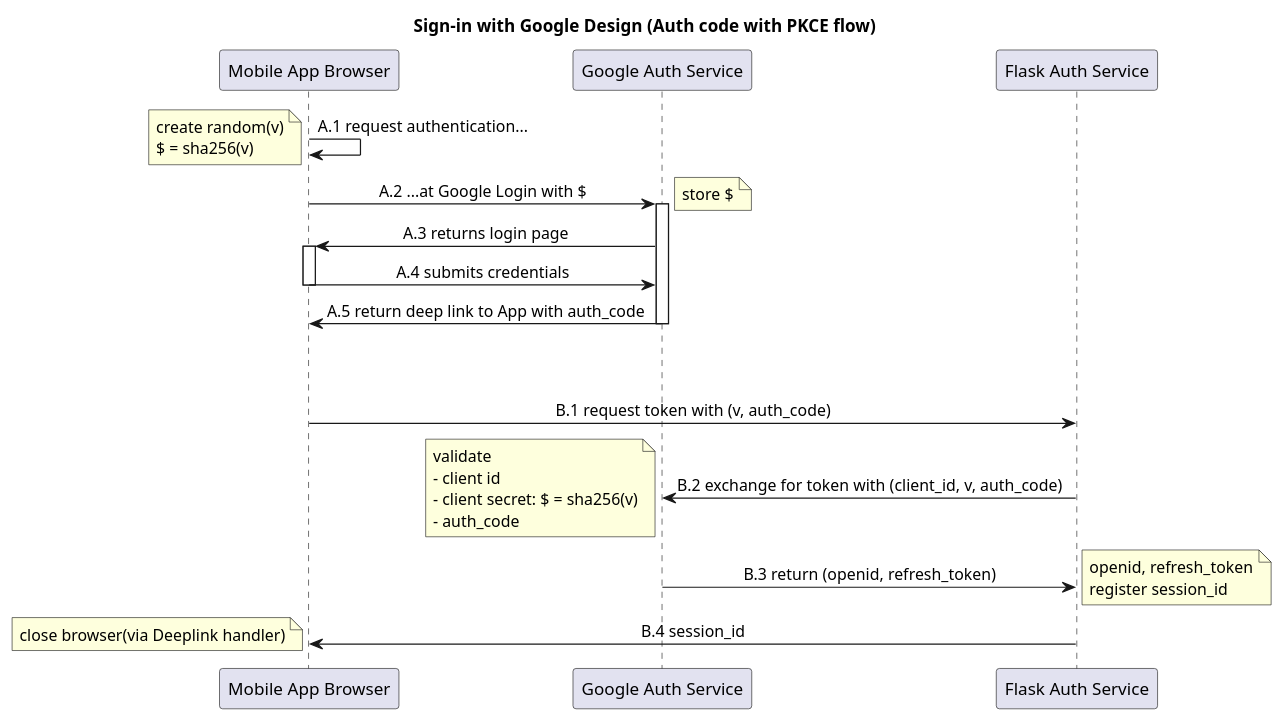
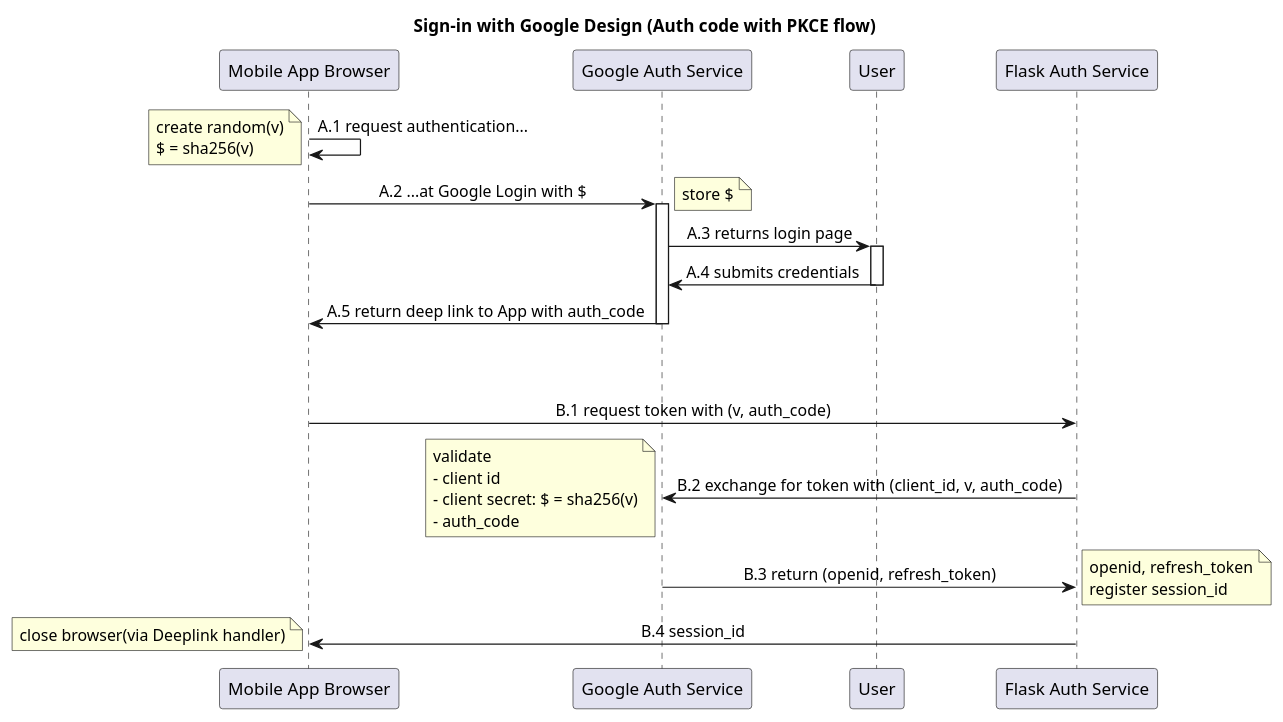
The diagram in img/user-auth-design/login-with-google.wsd (mkmojo/mkmojo.github.io), drawn with PlantUML before and after one commit.

Commit message:
update sequence diagram to make user standout

```diff
--- a/img/user-auth-design/login-with-google.wsd
+++ b/img/user-auth-design/login-with-google.wsd
@@ -1,41 +1,40 @@
 @startuml
 skinparam SequenceMessageAlignment center
 
 title Sign-in with Google Design (Auth code with PKCE flow)
 "Mobile App Browser" -> "Mobile App Browser" : A.1 request authentication...
 note left
 create random(v)
 $ = sha256(v)
 end note
 
 "Mobile App Browser" -> "Google Auth Service": A.2 ...at Google Login with $
+note right: store $
 activate "Google Auth Service"
-note right: store $
-"Mobile App Browser" <- "Google Auth Service": A.3 returns login page
-
-activate "Mobile App Browser"
-"Mobile App Browser" -> "Google Auth Service": A.4 submits credentials
-deactivate "Mobile App Browser"
+"User" <- "Google Auth Service": A.3 returns login page
+activate "User"
+"User" -> "Google Auth Service": A.4 submits credentials
+deactivate "User"
 "Mobile App Browser" <- "Google Auth Service" : A.5 return deep link to App with auth_code
 deactivate "Google Auth Service"
 |||
 |||
 "Mobile App Browser" -> "Flask Auth Service" : B.1 request token with (v, auth_code)
 "Flask Auth Service" -> "Google Auth Service": B.2 exchange for token with (client_id, v, auth_code)
 note left
     validate 
     - client id
     - client secret: $ = sha256(v)
     - auth_code
 end note
 "Google Auth Service" -> "Flask Auth Service": B.3 return (openid, refresh_token)
 note right
     openid, refresh_token
     register session_id
 end note
 "Flask Auth Service" -> "Mobile App Browser": B.4 session_id
 note left
 close browser(via Deeplink handler)
 end note
 
 @enduml
```
